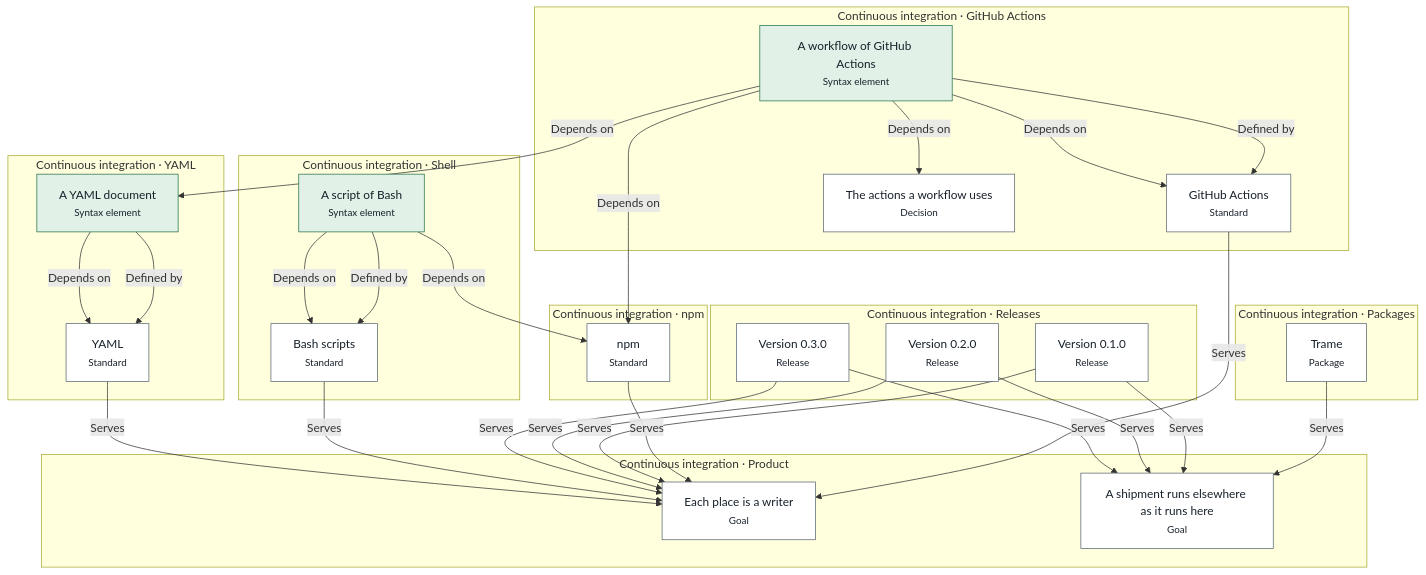
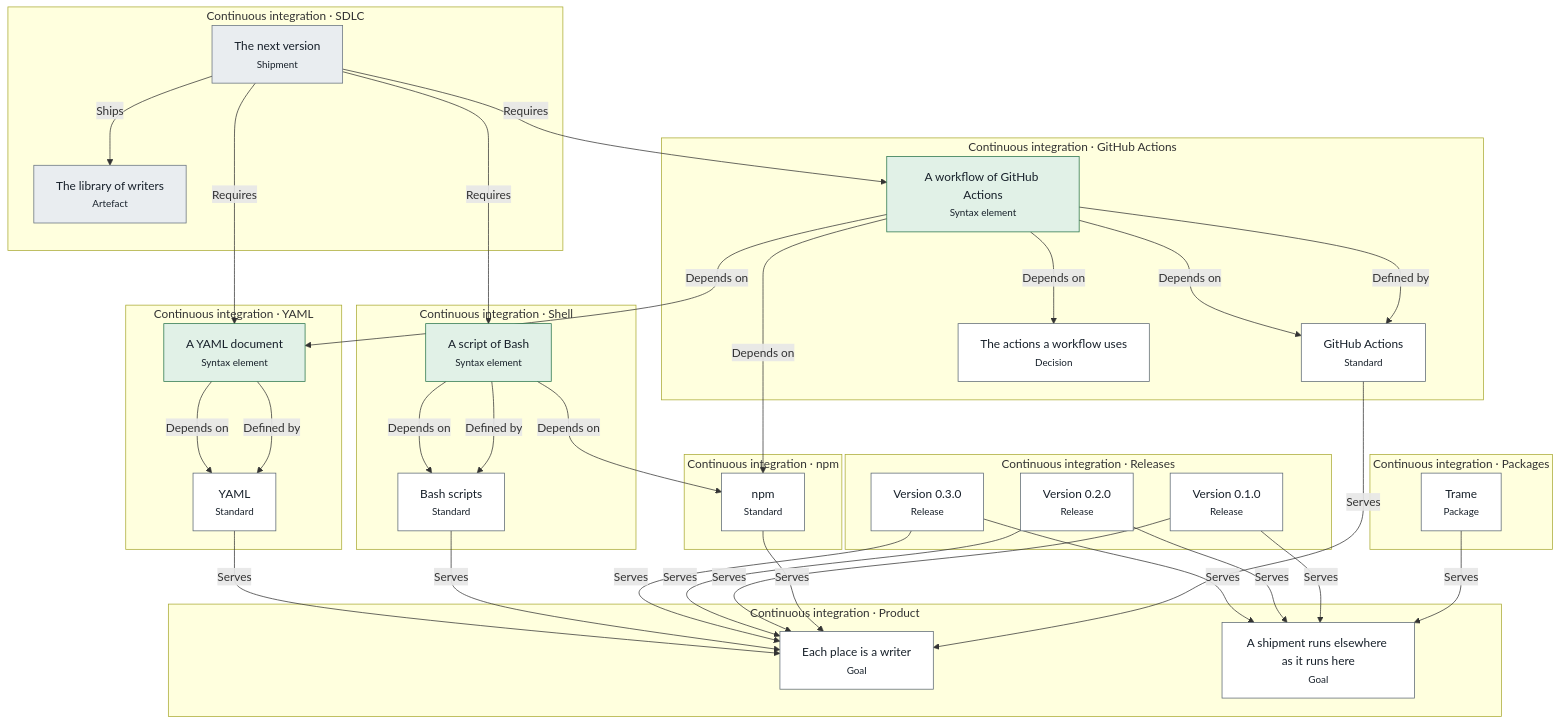
Before and after one commit to advancedcognitivesystems-ai/trame: the diagram in ci/docs/layers.md, drawn with Mermaid. The commit also changed other lines of this file and 127 other files, not shown here.

First line of the commit message:
C1: a library ships its versions through its own graph

````diff
--- a/ci/docs/layers.md
+++ b/ci/docs/layers.md
@@ -5,57 +5,65 @@
 ```mermaid
 flowchart TB
   subgraph github["Continuous integration · GitHub Actions"]
     n0["GitHub Actions<br/><small>Standard</small>"]:::neutral
     n1["A workflow of GitHub Actions<br/><small>Syntax element</small>"]:::held
     n2["The actions a workflow uses<br/><small>Decision</small>"]:::neutral
   end
   subgraph npm["Continuous integration · npm"]
     n3["npm<br/><small>Standard</small>"]:::neutral
   end
   subgraph packages["Continuous integration · Packages"]
     n4["Trame<br/><small>Package</small>"]:::neutral
   end
   subgraph product["Continuous integration · Product"]
     n5["Each place is a writer<br/><small>Goal</small>"]:::neutral
     n6["A shipment runs elsewhere as it runs here<br/><small>Goal</small>"]:::neutral
   end
   subgraph releases["Continuous integration · Releases"]
     n7["Version 0.1.0<br/><small>Release</small>"]:::neutral
     n8["Version 0.2.0<br/><small>Release</small>"]:::neutral
     n9["Version 0.3.0<br/><small>Release</small>"]:::neutral
   end
+  subgraph sdlc["Continuous integration · SDLC"]
+    n10["The next version<br/><small>Shipment</small>"]:::unknown
+    n11["The library of writers<br/><small>Artefact</small>"]:::unknown
+  end
   subgraph shell["Continuous integration · Shell"]
-    n10["Bash scripts<br/><small>Standard</small>"]:::neutral
-    n11["A script of Bash<br/><small>Syntax element</small>"]:::held
+    n12["Bash scripts<br/><small>Standard</small>"]:::neutral
+    n13["A script of Bash<br/><small>Syntax element</small>"]:::held
   end
   subgraph yaml["Continuous integration · YAML"]
-    n12["YAML<br/><small>Standard</small>"]:::neutral
-    n13["A YAML document<br/><small>Syntax element</small>"]:::held
+    n14["YAML<br/><small>Standard</small>"]:::neutral
+    n15["A YAML document<br/><small>Syntax element</small>"]:::held
   end
   n0 -->|Serves| n5
   n1 -->|Defined by| n0
   n1 -->|Depends on| n0
-  n1 -->|Depends on| n13
+  n1 -->|Depends on| n15
   n1 -->|Depends on| n3
   n1 -->|Depends on| n2
   n3 -->|Serves| n5
   n4 -->|Serves| n6
   n7 -->|Serves| n5
   n7 -->|Serves| n6
   n8 -->|Serves| n5
   n8 -->|Serves| n6
   n9 -->|Serves| n5
   n9 -->|Serves| n6
-  n10 -->|Serves| n5
-  n11 -->|Defined by| n10
-  n11 -->|Depends on| n10
-  n11 -->|Depends on| n3
+  n10 -->|Ships| n11
+  n10 -->|Requires| n15
+  n10 -->|Requires| n13
+  n10 -->|Requires| n1
   n12 -->|Serves| n5
   n13 -->|Defined by| n12
   n13 -->|Depends on| n12
+  n13 -->|Depends on| n3
+  n14 -->|Serves| n5
+  n15 -->|Defined by| n14
+  n15 -->|Depends on| n14
   classDef held fill:#e1f1e7,stroke:#26734a,color:#17202a
   classDef blocked fill:#fbf0d9,stroke:#9a6200,color:#17202a
   classDef violated fill:#f9e3e1,stroke:#ad2a22,color:#17202a
   classDef unknown fill:#e9edf0,stroke:#65707c,color:#17202a
   classDef neutral fill:#ffffff,stroke:#5a6672,color:#17202a
 ```
````
